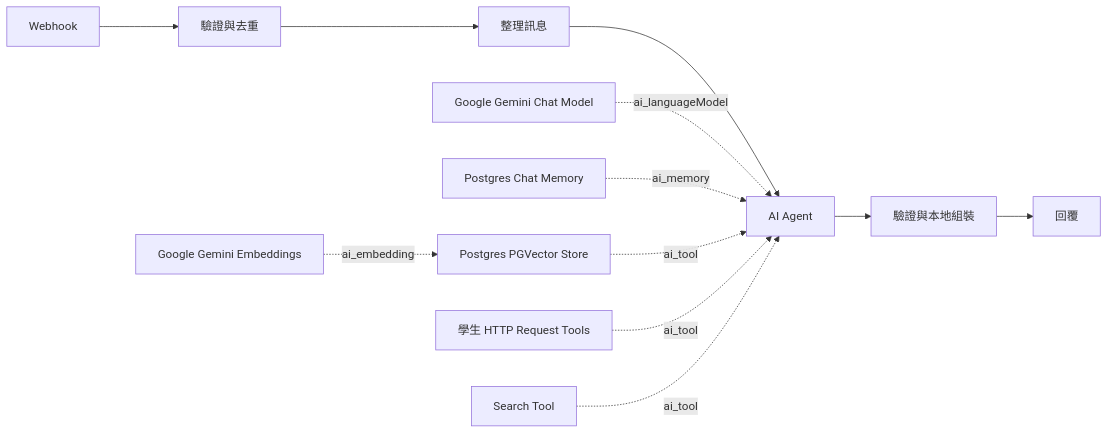
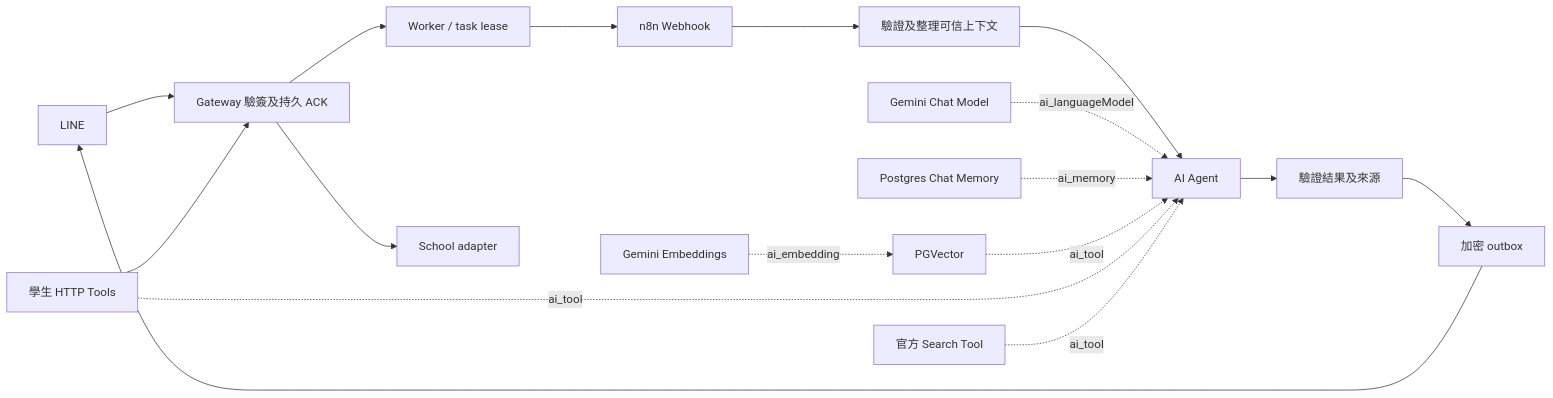
One commit to yuzen9622/nutc-n8n-agent changed the diagram in docs/SDD.md. Above: the diagram before and after it, drawn with Mermaid. The commit also changed other lines of this file and 75 other files, not shown here.

First line of the commit message:
docs: prune legacy documentation and update architecture specifications

````diff
--- a/docs/SDD.md
+++ b/docs/SDD.md
@@ -43,10 +23,19 @@
 ```mermaid
 flowchart LR
-  W[Webhook] --> V[驗證與去重] --> I[整理訊息] --> A[AI Agent] --> C[驗證與本地組裝] --> R[回覆]
-  G[Google Gemini Chat Model] -. ai_languageModel .-> A
+  L[LINE] --> GW[Gateway 驗簽及持久 ACK]
+  GW --> W[Worker / task lease]
+  W --> N[n8n Webhook]
+  N --> V[驗證及整理可信上下文]
+  V --> A[AI Agent]
+  G[Gemini Chat Model] -. ai_languageModel .-> A
   M[Postgres Chat Memory] -. ai_memory .-> A
-  P[Postgres PGVector Store] -. ai_tool .-> A
-  E[Google Gemini Embeddings] -. ai_embedding .-> P
-  H[學生 HTTP Request Tools] -. ai_tool .-> A
-  S[Search Tool] -. ai_tool .-> A
+  P[PGVector] -. ai_tool .-> A
+  E[Gemini Embeddings] -. ai_embedding .-> P
+  H[學生 HTTP Tools] -. ai_tool .-> A
+  S[官方 Search Tool] -. ai_tool .-> A
+  A --> C[驗證結果及來源]
+  C --> O[加密 outbox]
+  O --> L
+  H --> GW
+  GW --> SA[School adapter]
 ```
````
